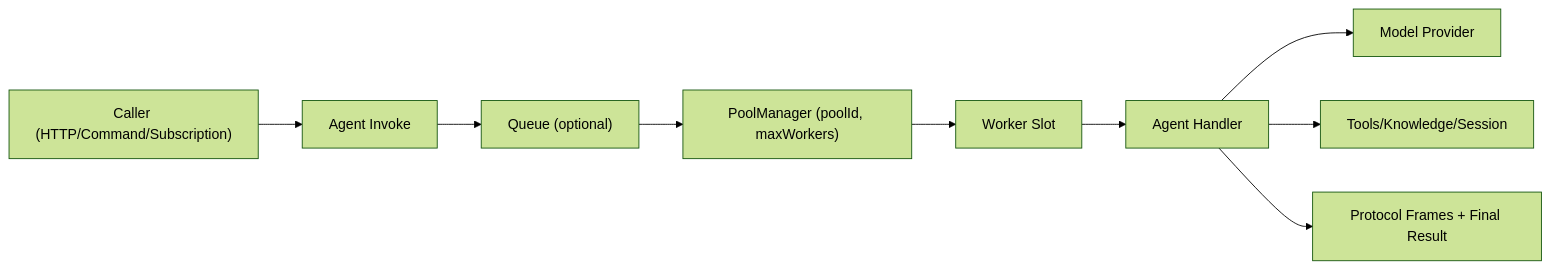
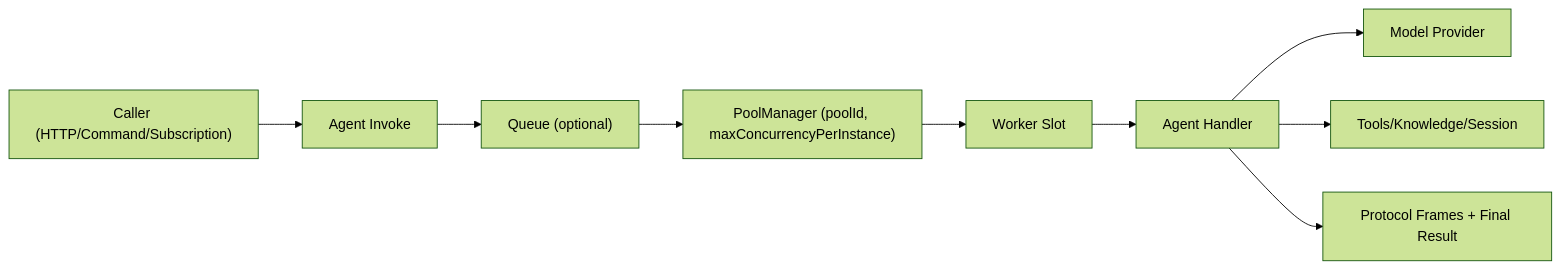
Before and after one commit to puristajs/purista: the first of 3 diagrams in website/doc/handbook/2_building_business-logic/agent/running-and-invoking-agents.md, drawn with Mermaid (forest theme). The commit also changed other lines of this file and 60 other files, not shown here.

Commit message:
refactor(ai): unify concurrency naming and harden agent runtime flow

````diff
--- a/website/doc/handbook/2_building_business-logic/agent/running-and-invoking-agents.md
+++ b/website/doc/handbook/2_building_business-logic/agent/running-and-invoking-agents.md
@@ -162,11 +209,11 @@
 ```mermaid
 flowchart LR
   A["Caller (HTTP/Command/Subscription)"] --> B["Agent Invoke"]
   B --> C["Queue (optional)"]
-  C --> D["PoolManager (poolId, maxWorkers)"]
+  C --> D["PoolManager (poolId, maxConcurrencyPerInstance)"]
   D --> E["Worker Slot"]
   E --> F["Agent Handler"]
   F --> G["Model Provider"]
   F --> H["Tools/Knowledge/Session"]
   F --> I["Protocol Frames + Final Result"]
 ```
````
